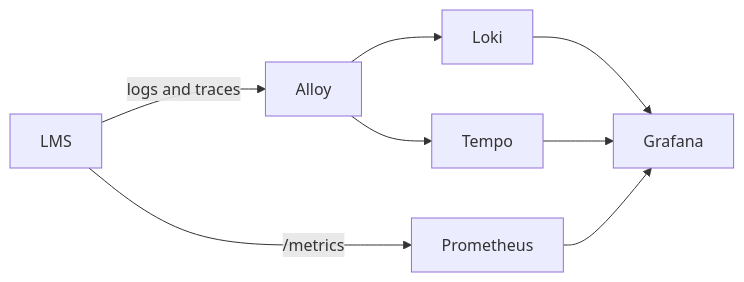
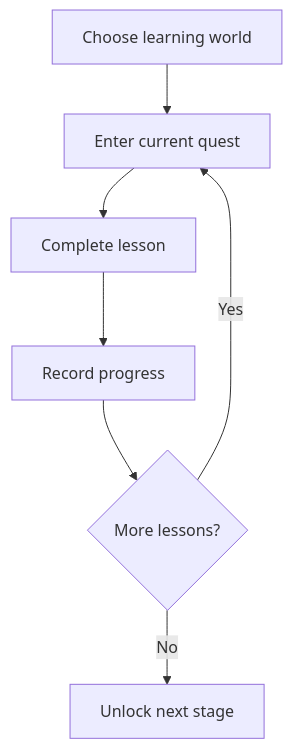
One commit to farismnrr/portofolio changed the second of 3 diagrams in frontend/content/projects/masih-awam-lms.md. Above: the diagram before and after it, drawn with Mermaid. The commit also changed other lines of this file and 6 other files, not shown here.

````diff
--- a/frontend/content/projects/masih-awam-lms.md
+++ b/frontend/content/projects/masih-awam-lms.md
@@ -121,10 +68,9 @@
 ```mermaid
-flowchart LR
-    A[LMS] -->|logs and traces| O[Alloy]
-    O --> L[Loki]
-    O --> T[Tempo]
-    A -->|/metrics| P[Prometheus]
-    L --> G[Grafana]
-    T --> G
-    P --> G
+flowchart TD
+    A[Choose learning world] --> B[Enter current quest]
+    B --> C[Complete lesson]
+    C --> D[Record progress]
+    D --> E{More lessons?}
+    E -->|Yes| B
+    E -->|No| F[Unlock next stage]
 ```
````
